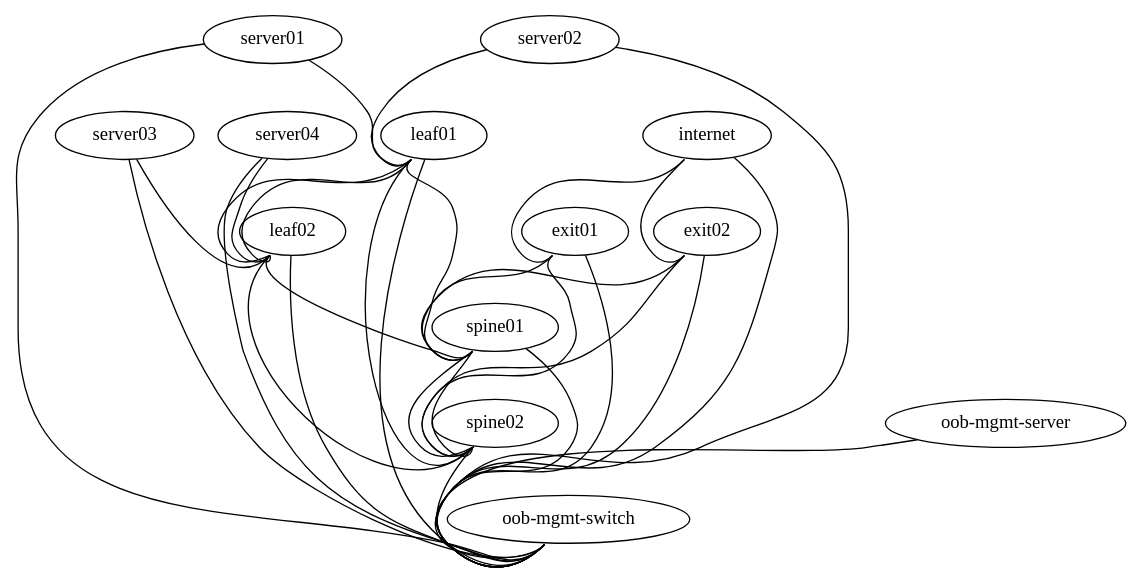
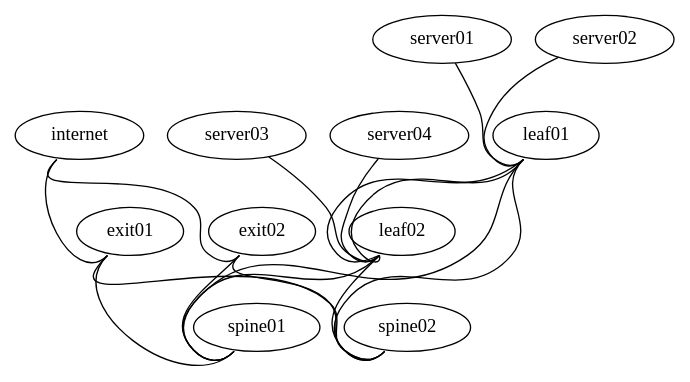
One commit to routemypacket/cumulus-lab changed the diagram in topology.dot. Above: the diagram before and after it, drawn with Graphviz.

Commit message:
Update topology.dot for ptm purposes

```diff
--- a/topology.dot
+++ b/topology.dot
@@ -1,39 +1,22 @@
 graph vx {
  "leaf01":"swp15" -- "spine01":"swp1"
  "leaf02":"swp15" -- "spine01":"swp2"
  "leaf01":"swp16" -- "spine02":"swp1"
  "leaf02":"swp16" -- "spine02":"swp2"
 
  "leaf01":"swp13" -- "leaf02":"swp13"
  "leaf01":"swp14" -- "leaf02":"swp14"
 
- "spine01":"swp15" -- "spine02":"swp15"
- "spine01":"swp16" -- "spine02":"swp16"
+ "server01":"eth1" -- "leaf01":"swp1" [left_mac="00:03:00:11:11:01"]
+ "server02":"eth1" -- "leaf01":"swp2" [left_mac="00:03:00:22:22:01"]
+ "server03":"eth1" -- "leaf02":"swp1" [left_mac="00:03:00:33:33:01"]
+ "server04":"eth1" -- "leaf02":"swp2" [left_mac="00:03:00:44:44:01"]
 
- "server01":"eth1" -- "leaf01":"swp1" 
- "server02":"eth1" -- "leaf01":"swp2" 
- "server03":"eth1" -- "leaf02":"swp1"
- "server04":"eth1" -- "leaf02":"swp2"
-
- "exit01":"swp15" -- "spine01":"swp3"
- "exit01":"swp16" -- "spine02":"swp3"
- "exit02":"swp15" -- "spine01":"swp4"
- "exit02":"swp16" -- "spine02":"swp4"
-
+ "exit01":"swp15" -- "spine01":"swp13"
+ "exit01":"swp16" -- "spine02":"swp14"
+ "exit02":"swp15" -- "spine01":"swp14"
+ "exit02":"swp16" -- "spine02":"swp13"
 
  "internet":"swp1" -- "exit01":"swp1"
  "internet":"swp2" -- "exit02":"swp1"
-
- "oob-mgmt-server":"eth1" -- "oob-mgmt-switch":"swp1" 
- "server01":"eth0" -- "oob-mgmt-switch":"swp2" 
- "server02":"eth0" -- "oob-mgmt-switch":"swp3" 
- "server03":"eth0" -- "oob-mgmt-switch":"swp4"
- "server04":"eth0" -- "oob-mgmt-switch":"swp5"
- "leaf01":"eth0" -- "oob-mgmt-switch":"swp6" 
- "leaf02":"eth0" -- "oob-mgmt-switch":"swp7" 
- "spine01":"eth0" -- "oob-mgmt-switch":"swp10" 
- "spine02":"eth0" -- "oob-mgmt-switch":"swp11" 
- "exit01":"eth0" -- "oob-mgmt-switch":"swp12" 
- "exit02":"eth0" -- "oob-mgmt-switch":"swp13" 
- "internet":"eth0" -- "oob-mgmt-switch":"swp15" 
 }
```
